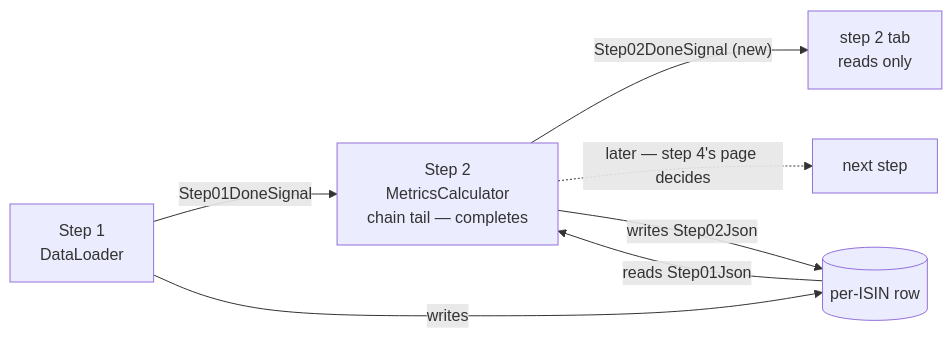
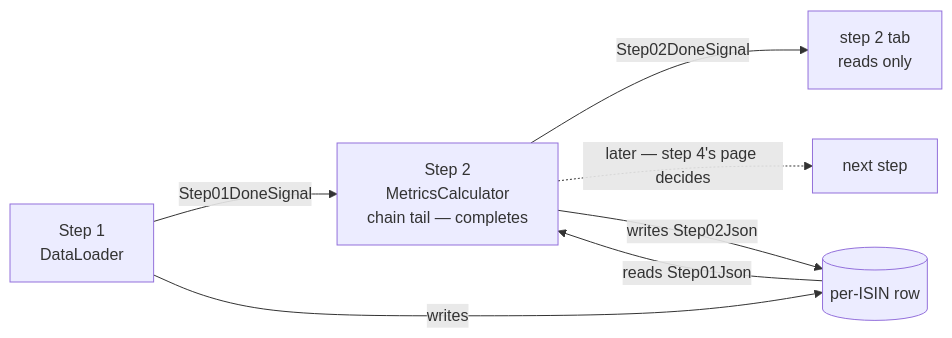
The third of 3 diagrams in Docs/pipeline-redesign/02-metricscalculator.md (Muhomorik/FikaFinans), drawn with Mermaid before and after one commit. The commit also changed other lines of this file and 4 other files, not shown here.

Commit message:
"Add `Step02DoneSignal` and implement its publish logic in `LocalRxPipelineSignalBus` and `IPipelineSignals`. Add tests for publishing and filtering signals in `LocalRxPipelineSignalBusTests`. Update documentation to reflect `Step02DoneSignal` integration."

````diff
--- a/Docs/pipeline-redesign/02-metricscalculator.md
+++ b/Docs/pipeline-redesign/02-metricscalculator.md
@@ -553,9 +552,9 @@
 ```mermaid
 flowchart LR
   s1["Step 1<br/>DataLoader"] -->|"Step01DoneSignal"| s2["Step 2<br/>MetricsCalculator<br/>chain tail — completes"]
-  s2 -->|"Step02DoneSignal (new)"| tab["step 2 tab<br/>reads only"]
+  s2 -->|"Step02DoneSignal"| tab["step 2 tab<br/>reads only"]
   s2 -.->|"later — step 4's page decides"| next["next step"]
   s1 -->|writes| row[("per-ISIN row")]
   row -->|"reads Step01Json"| s2
   s2 -->|writes Step02Json| row
 ```
````
